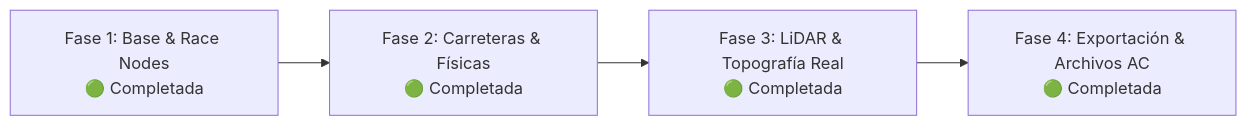
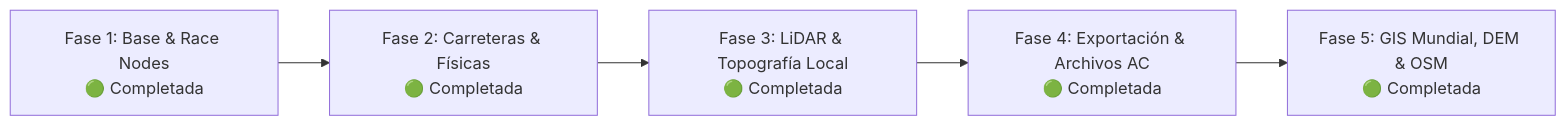
Before and after one commit to MiguelDLM/track-maker: the diagram in ROADMAP.md, drawn with Mermaid. The commit also changed other lines of this file and 8 other files, not shown here.

Commit message:
feat(gis): add Nominatim geocoding, AWS Terrarium DEM fetcher, and OSM Overpass road importer

````diff
--- a/ROADMAP.md
+++ b/ROADMAP.md
@@ -20,11 +20,13 @@
 ```mermaid
 flowchart LR
     Fase1["Fase 1: Base & Race Nodes\n🟢 Completada"]
     Fase2["Fase 2: Carreteras & Físicas\n🟢 Completada"]
-    Fase3["Fase 3: LiDAR & Topografía Real\n🟢 Completada"]
+    Fase3["Fase 3: LiDAR & Topografía Local\n🟢 Completada"]
     Fase4["Fase 4: Exportación & Archivos AC\n🟢 Completada"]
+    Fase5["Fase 5: GIS Mundial, DEM & OSM\n🟢 Completada"]
 
     Fase1 --> Fase2
     Fase2 --> Fase3
     Fase3 --> Fase4
+    Fase4 --> Fase5
 ```
````
